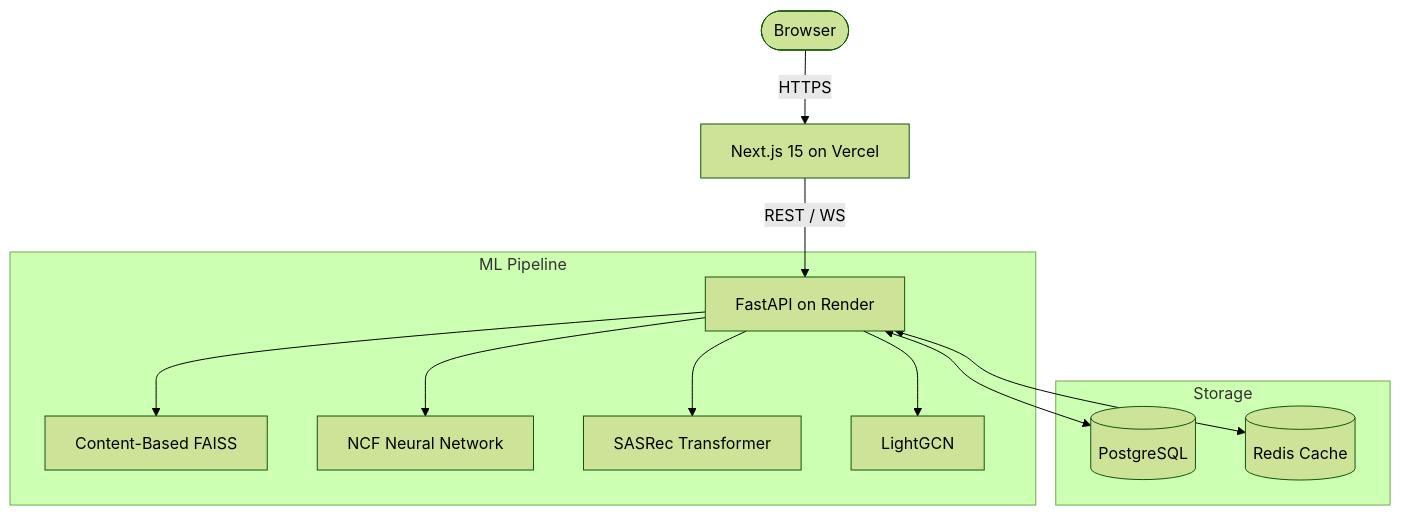
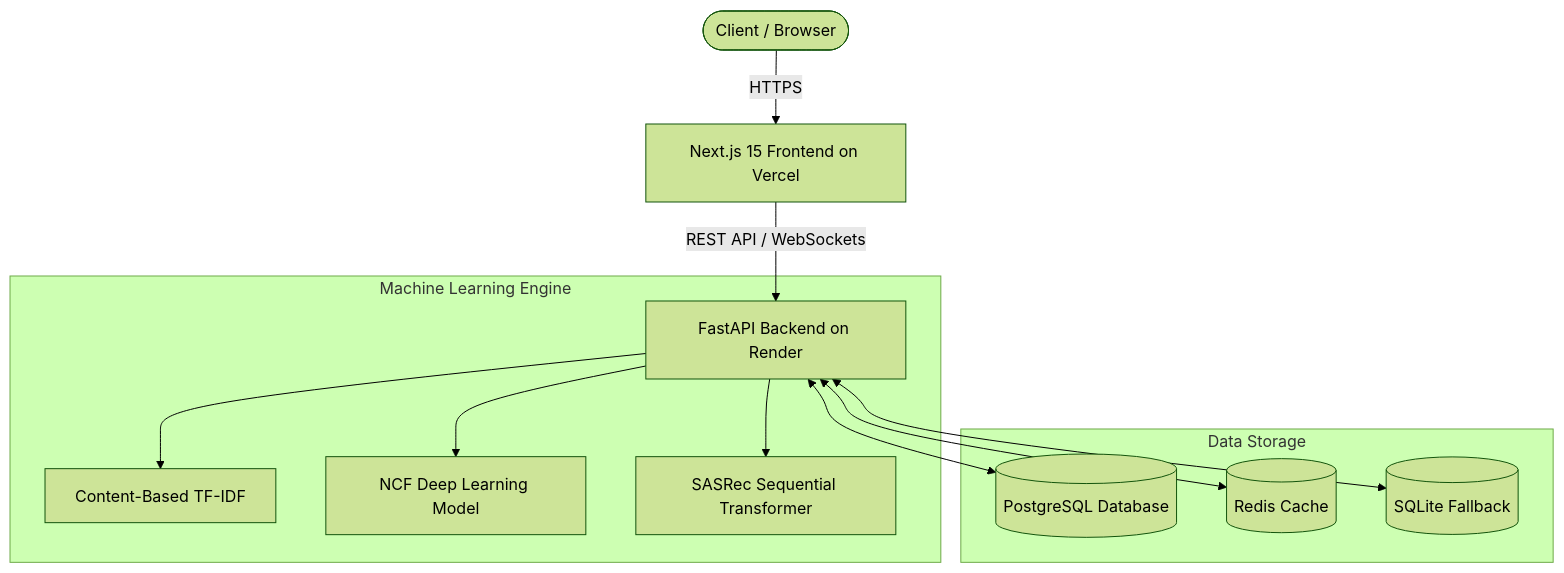
One commit to yash23082007/NeuralFlix changed the diagram in README.md. Above: the diagram before and after it, drawn with Mermaid (forest theme). The commit also changed other lines of this file and 10 other files, not shown here.

````diff
--- a/README.md
+++ b/README.md
@@ -53,17 +52,17 @@
 ```mermaid
 graph TD
-    User([Browser]) -->|HTTPS| Vercel[Next.js 15 on Vercel]
-    Vercel -->|REST / WS| Render[FastAPI on Render]
+    User([Client / Browser]) -->|HTTPS| Vercel[Next.js 15 Frontend on Vercel]
+    Vercel -->|REST API / WebSockets| Render[FastAPI Backend on Render]
     
-    subgraph "ML Pipeline"
-        Render --> CBF[Content-Based FAISS]
-        Render --> NCF[NCF Neural Network]
-        Render --> SAS[SASRec Transformer]
-        Render --> GNN[LightGCN]
+    subgraph "Machine Learning Engine"
+        Render --> CBF[Content-Based TF-IDF]
+        Render --> NCF[NCF Deep Learning Model]
+        Render --> SAS[SASRec Sequential Transformer]
     end
 
-    subgraph "Storage"
-        Render <--> PG[(PostgreSQL)]
+    subgraph "Data Storage"
+        Render <--> PG[(PostgreSQL Database)]
         Render <--> Redis[(Redis Cache)]
+        Render <--> SQLite[(SQLite Fallback)]
     end
 ```
````
